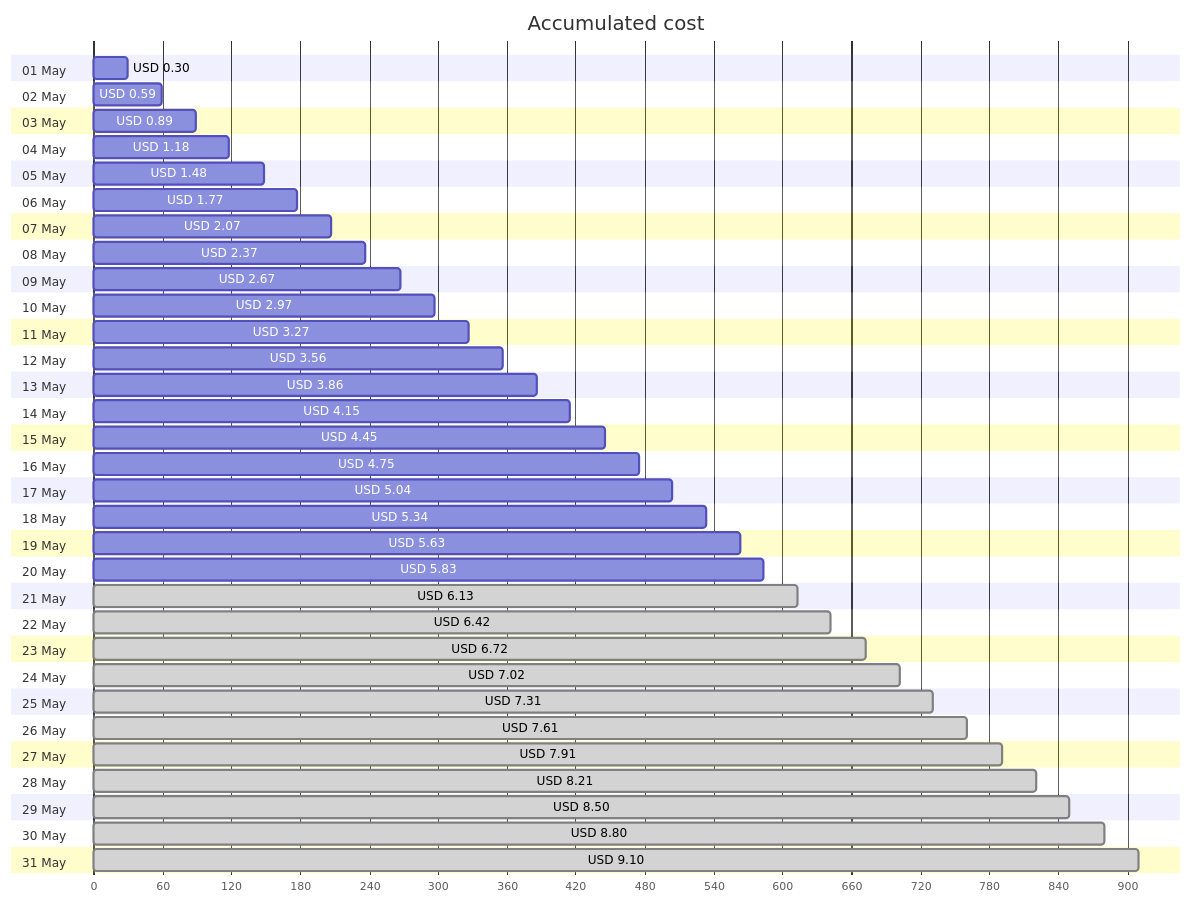
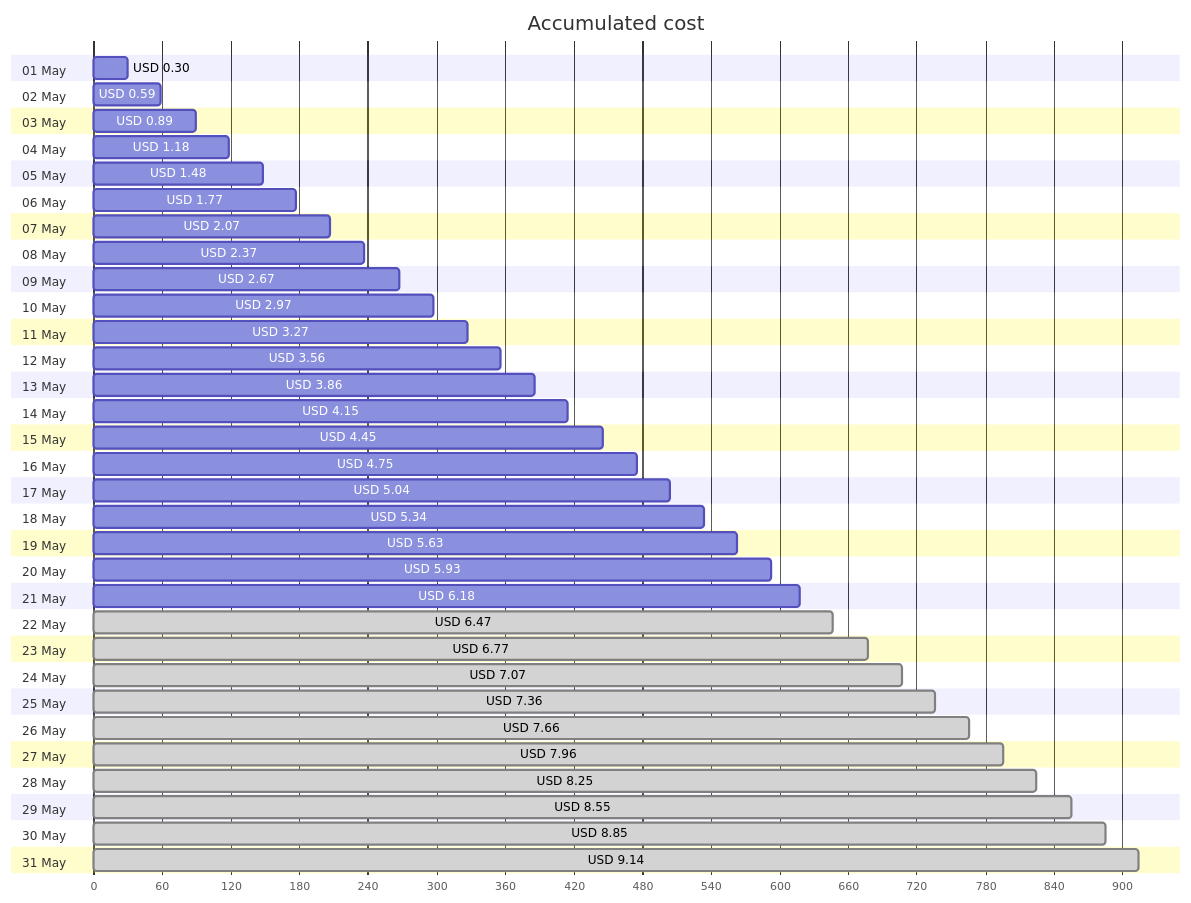
One commit to jpfulton/azure-personal-reports changed the first of 4 diagrams in cost-reports/personal-site/personal-site.md. Above: the diagram before and after it, drawn with Mermaid. The commit also changed other lines of this file and 6 other files, not shown here.

````diff
--- a/cost-reports/personal-site/personal-site.md
+++ b/cost-reports/personal-site/personal-site.md
@@ -20,68 +20,68 @@
 ```mermaid
 gantt
    title Accumulated cost
    dateFormat  X
    axisFormat %s
    section 01 May
    USD 0.30 :0, 30
    section 02 May
    USD 0.59 :0, 59
    section 03 May
    USD 0.89 :0, 89
    section 04 May
    USD 1.18 :0, 118
    section 05 May
    USD 1.48 :0, 148
    section 06 May
    USD 1.77 :0, 177
    section 07 May
    USD 2.07 :0, 207
    section 08 May
    USD 2.37 :0, 237
    section 09 May
    USD 2.67 :0, 267
    section 10 May
    USD 2.97 :0, 297
    section 11 May
    USD 3.27 :0, 327
    section 12 May
    USD 3.56 :0, 356
    section 13 May
    USD 3.86 :0, 386
    section 14 May
    USD 4.15 :0, 415
    section 15 May
    USD 4.45 :0, 445
    section 16 May
    USD 4.75 :0, 475
    section 17 May
    USD 5.04 :0, 504
    section 18 May
    USD 5.34 :0, 534
    section 19 May
    USD 5.63 :0, 563
    section 20 May
-   USD 5.83 :0, 583
+   USD 5.93 :0, 593
    section 21 May
-   USD 6.13 : done, 0, 613
+   USD 6.18 :0, 618
    section 22 May
-   USD 6.42 : done, 0, 642
+   USD 6.47 : done, 0, 647
    section 23 May
-   USD 6.72 : done, 0, 672
+   USD 6.77 : done, 0, 677
    section 24 May
-   USD 7.02 : done, 0, 702
+   USD 7.07 : done, 0, 707
    section 25 May
-   USD 7.31 : done, 0, 731
+   USD 7.36 : done, 0, 736
    section 26 May
-   USD 7.61 : done, 0, 761
+   USD 7.66 : done, 0, 766
    section 27 May
-   USD 7.91 : done, 0, 791
+   USD 7.96 : done, 0, 796
    section 28 May
-   USD 8.21 : done, 0, 821
+   USD 8.25 : done, 0, 825
    section 29 May
-   USD 8.50 : done, 0, 850
+   USD 8.55 : done, 0, 855
    section 30 May
-   USD 8.80 : done, 0, 880
+   USD 8.85 : done, 0, 885
    section 31 May
-   USD 9.10 : done, 0, 910
+   USD 9.14 : done, 0, 914
 ```
````
